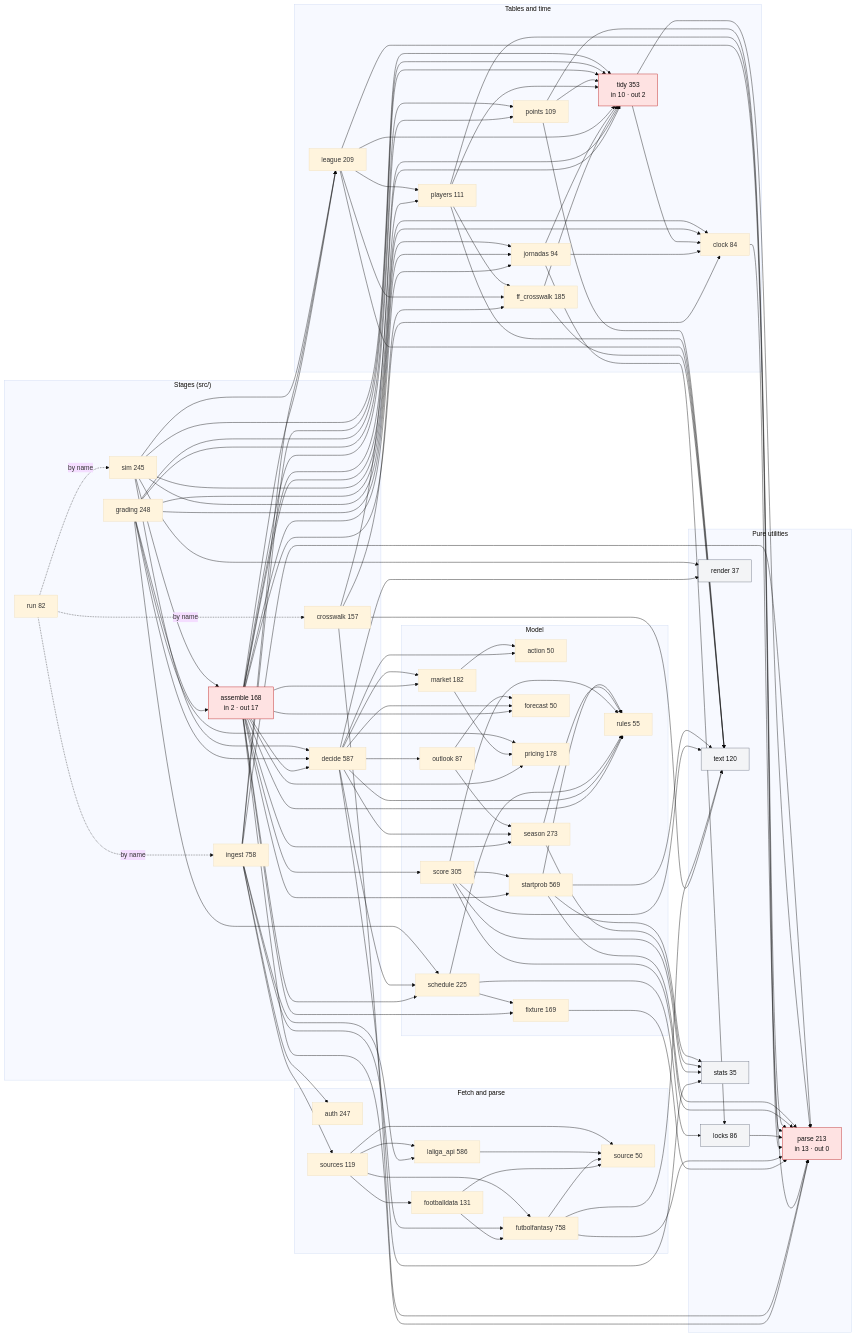
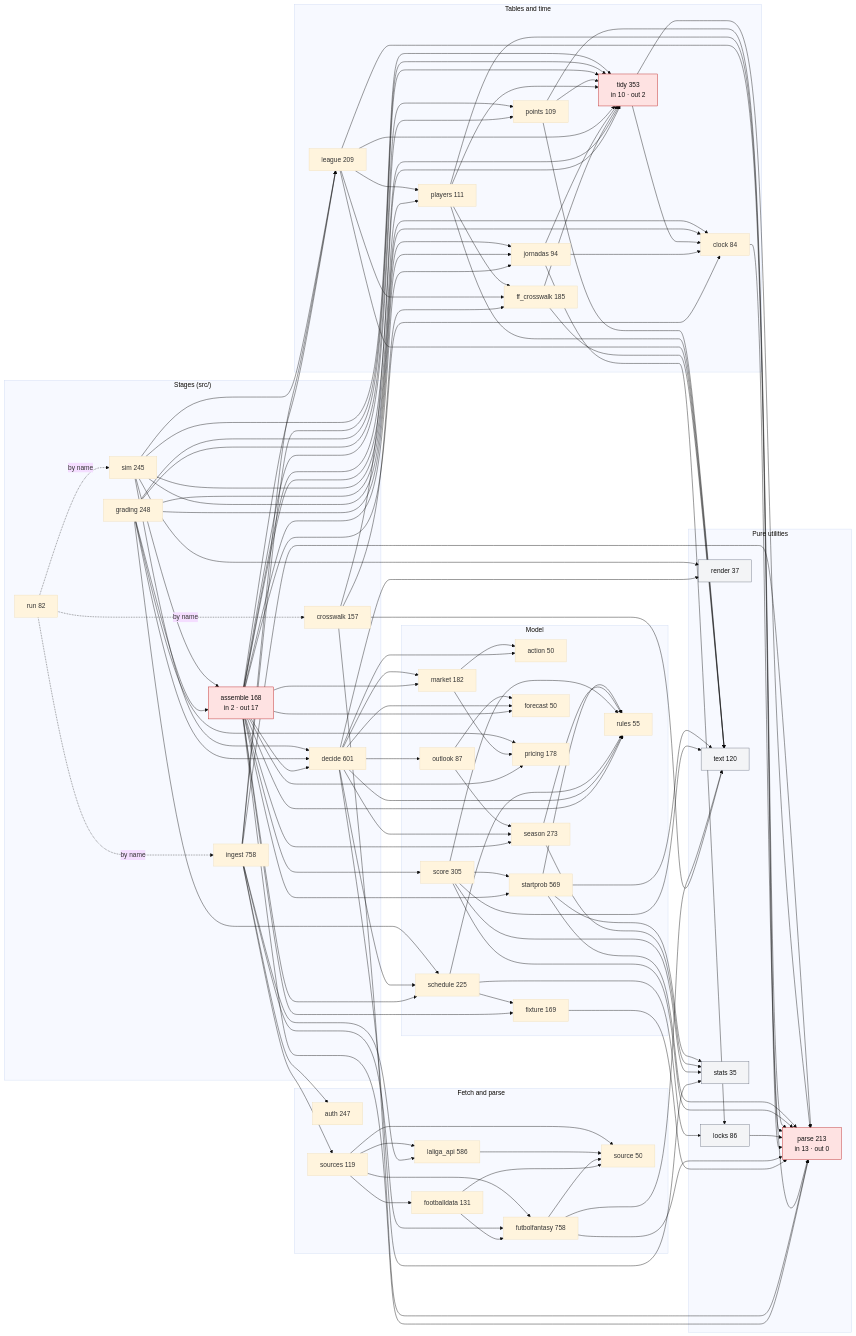
One commit to OrsM/liga_five_guys changed the diagram in docs/modules.mmd. Above: the diagram before and after it, drawn with Mermaid (base theme). The commit also changed 1 other file, not shown here.

```diff
--- a/docs/modules.mmd
+++ b/docs/modules.mmd
@@ -1,154 +1,154 @@
 flowchart LR
     classDef hub fill:#fee2e2,stroke:#b91c1c,color:#111
     classDef leaf fill:#f3f4f6,stroke:#6b7280,color:#111
     subgraph stages["Stages (src/)"]
         assemble["assemble 168<br/>in 2 · out 17"]:::hub
         crosswalk["crosswalk 157"]
-        decide["decide 587"]
+        decide["decide 601"]
         grading["grading 248"]
         ingest["ingest 758"]
         run["run 82"]
         sim["sim 245"]
     end
     subgraph fetch["Fetch and parse"]
         auth["auth 247"]
         footballdata["footballdata 131"]
         futbolfantasy["futbolfantasy 758"]
         laliga_api["laliga_api 586"]
         source["source 50"]
         sources["sources 119"]
     end
     subgraph data["Tables and time"]
         clock["clock 84"]
         ff_crosswalk["ff_crosswalk 185"]
         jornadas["jornadas 94"]
         league["league 209"]
         players["players 111"]
         points["points 109"]
         tidy["tidy 353<br/>in 10 · out 2"]:::hub
     end
     subgraph model["Model"]
         action["action 50"]
         fixture["fixture 169"]
         forecast["forecast 50"]
         market["market 182"]
         outlook["outlook 87"]
         pricing["pricing 178"]
         rules["rules 55"]
         schedule["schedule 225"]
         score["score 305"]
         season["season 273"]
         startprob["startprob 569"]
     end
     subgraph util["Pure utilities"]
         locks["locks 86"]:::leaf
         parse["parse 213<br/>in 13 · out 0"]:::hub
         render["render 37"]:::leaf
         text["text 120"]:::leaf
         stats["stats 35"]:::leaf
     end
     run -. "by name" .-> ingest
     run -. "by name" .-> crosswalk
     run -. "by name" .-> sim
     assemble --> decide
     assemble --> clock
     assemble --> fixture
     assemble --> forecast
     assemble --> jornadas
     assemble --> league
     assemble --> market
     assemble --> parse
     assemble --> players
     assemble --> points
     assemble --> pricing
     assemble --> rules
     assemble --> schedule
     assemble --> score
     assemble --> season
     assemble --> startprob
     assemble --> tidy
     crosswalk --> ff_crosswalk
     crosswalk --> parse
     crosswalk --> text
     crosswalk --> tidy
     decide --> action
     decide --> forecast
     decide --> market
     decide --> outlook
     decide --> render
     decide --> rules
     decide --> schedule
     decide --> season
     decide --> stats
     clock --> parse
     ff_crosswalk --> text
     ff_crosswalk --> tidy
     fixture --> parse
     footballdata --> futbolfantasy
     footballdata --> source
     futbolfantasy --> parse
     futbolfantasy --> source
     futbolfantasy --> text
     jornadas --> clock
     jornadas --> locks
     jornadas --> tidy
     laliga_api --> source
     league --> ff_crosswalk
     league --> parse
     league --> players
     league --> text
     league --> tidy
     locks --> parse
     market --> action
     market --> pricing
     outlook --> forecast
     outlook --> season
     players --> ff_crosswalk
     players --> parse
     players --> text
     players --> tidy
     points --> parse
     points --> text
     points --> tidy
     schedule --> fixture
     schedule --> locks
     schedule --> rules
     score --> parse
     score --> rules
     score --> startprob
     score --> text
     score --> stats
     season --> rules
     season --> stats
     startprob --> parse
     startprob --> rules
     startprob --> text
     startprob --> stats
     tidy --> clock
     tidy --> parse
     grading --> assemble
     grading --> decide
     grading --> clock
     grading --> jornadas
     grading --> points
     grading --> pricing
     grading --> schedule
     grading --> tidy
     ingest --> auth
     ingest --> futbolfantasy
     ingest --> laliga_api
     ingest --> league
     ingest --> parse
     ingest --> tidy
     ingest --> sources
     sim --> assemble
     sim --> decide
     sim --> clock
     sim --> jornadas
     sim --> league
     sim --> render
     sim --> tidy
     sources --> footballdata
     sources --> futbolfantasy
     sources --> laliga_api
     sources --> source
```
